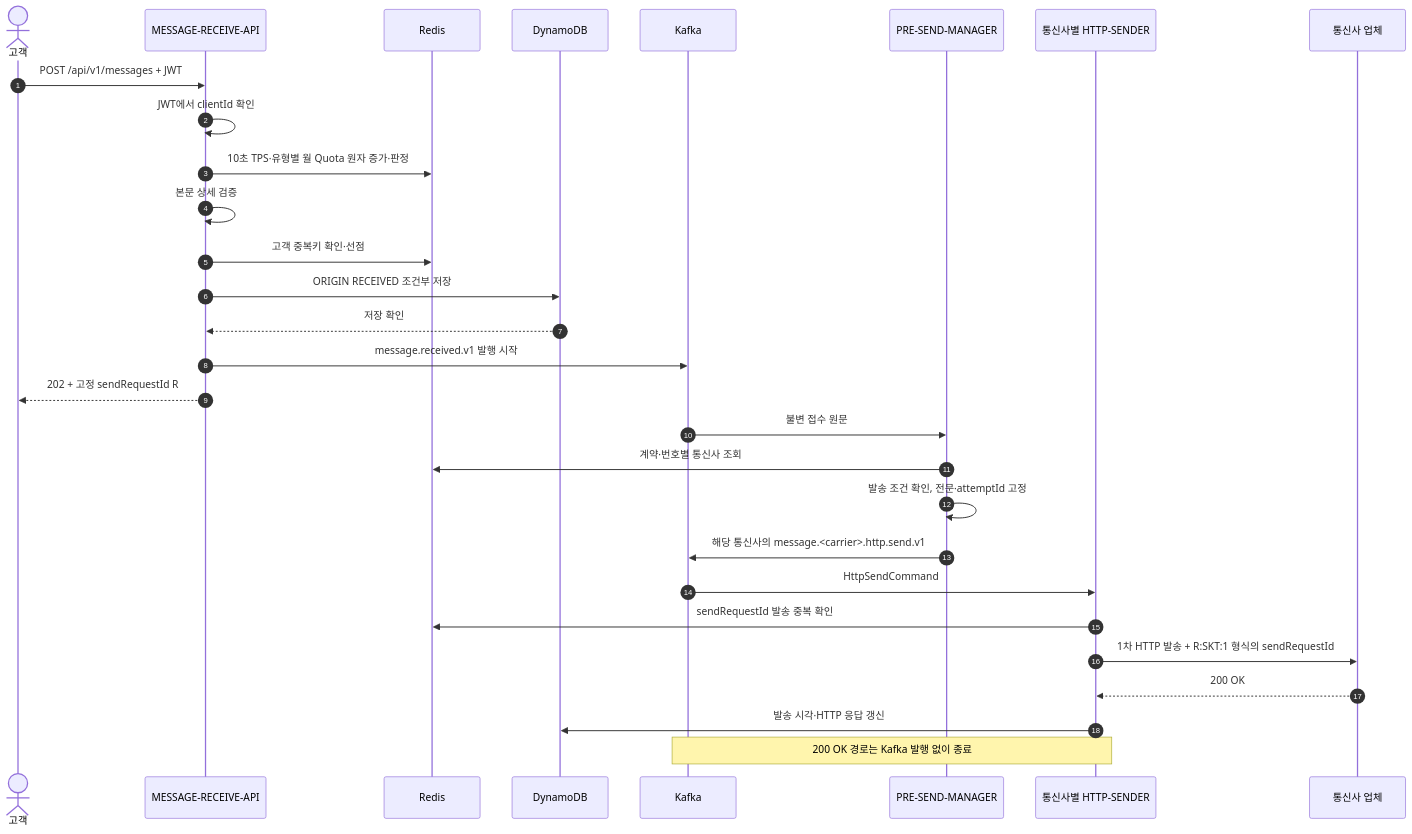
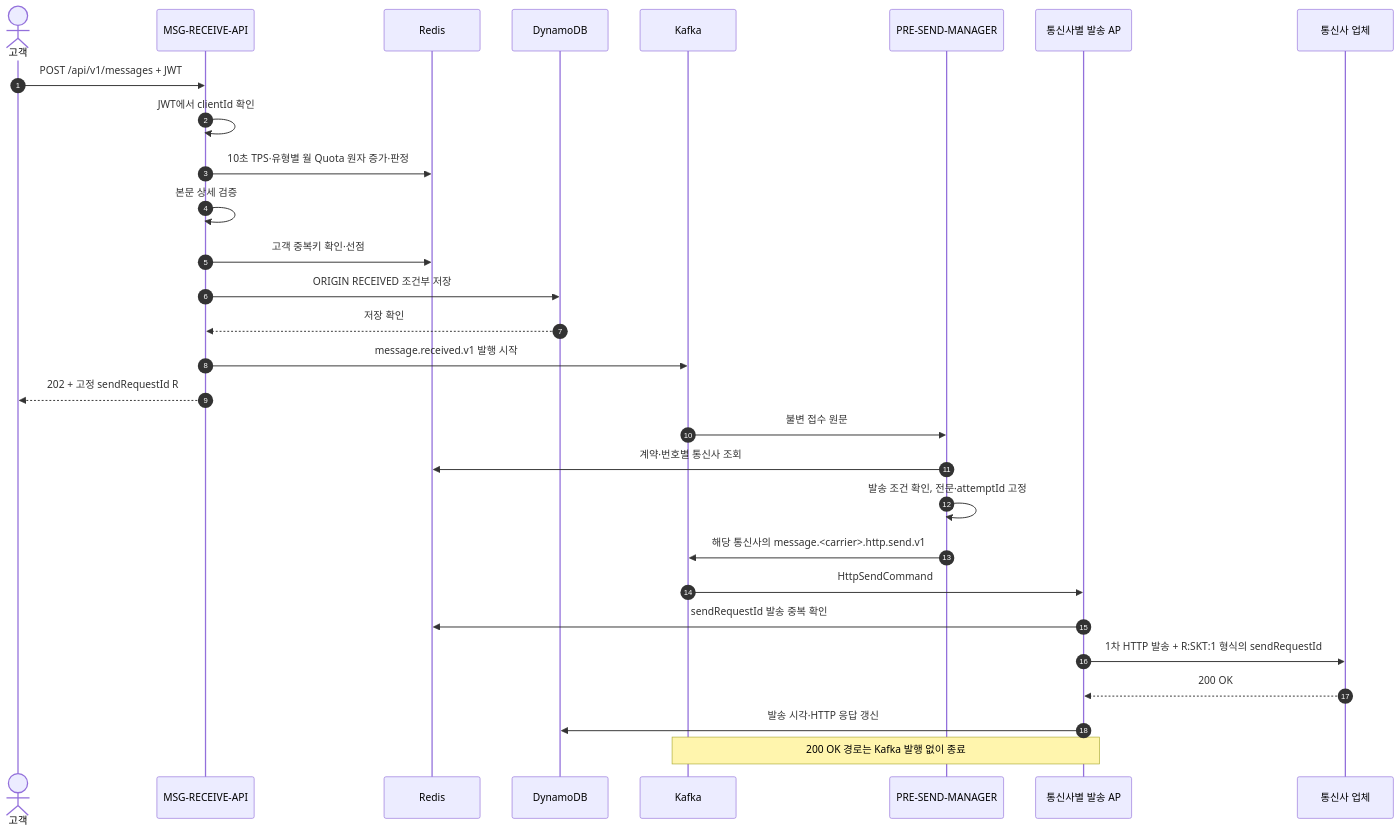
Before and after one commit to hyun-seung/High-throughput-event-platform: the first of 10 diagrams in docs/53-신규-메시지-케이스별-Call-Flow.md, drawn with Mermaid. The commit also changed other lines of this file and 6 other files, not shown here.

````diff
--- a/docs/53-신규-메시지-케이스별-Call-Flow.md
+++ b/docs/53-신규-메시지-케이스별-Call-Flow.md
@@ -28,31 +41,31 @@
 ```mermaid
 sequenceDiagram
     autonumber
     actor C as 고객
-    participant A as MESSAGE-RECEIVE-API
+    participant A as MSG-RECEIVE-API
     participant R as Redis
     participant D as DynamoDB
     participant K as Kafka
     participant M as PRE-SEND-MANAGER
-    participant S as 통신사별 HTTP-SENDER
+    participant S as 통신사별 발송 AP
     participant P as 통신사 업체
     C->>A: POST /api/v1/messages + JWT
     A->>A: JWT에서 clientId 확인
     A->>R: 10초 TPS·유형별 월 Quota 원자 증가·판정
     A->>A: 본문 상세 검증
     A->>R: 고객 중복키 확인·선점
     A->>D: ORIGIN RECEIVED 조건부 저장
     D-->>A: 저장 확인
     A->>K: message.received.v1 발행 시작
     A-->>C: 202 + 고정 sendRequestId R
     K->>M: 불변 접수 원문
     M->>R: 계약·번호별 통신사 조회
     M->>M: 발송 조건 확인, 전문·attemptId 고정
     M->>K: 해당 통신사의 message.<carrier>.http.send.v1
     K->>S: HttpSendCommand
     S->>R: sendRequestId 발송 중복 확인
     S->>P: 1차 HTTP 발송 + R:SKT:1 형식의 sendRequestId
     P-->>S: 200 OK
     S->>D: 발송 시각·HTTP 응답 갱신
     Note over S,K: 200 OK 경로는 Kafka 발행 없이 종료
 ```
````
